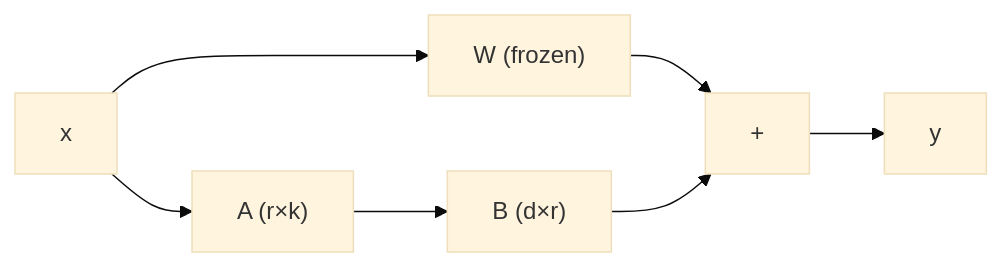
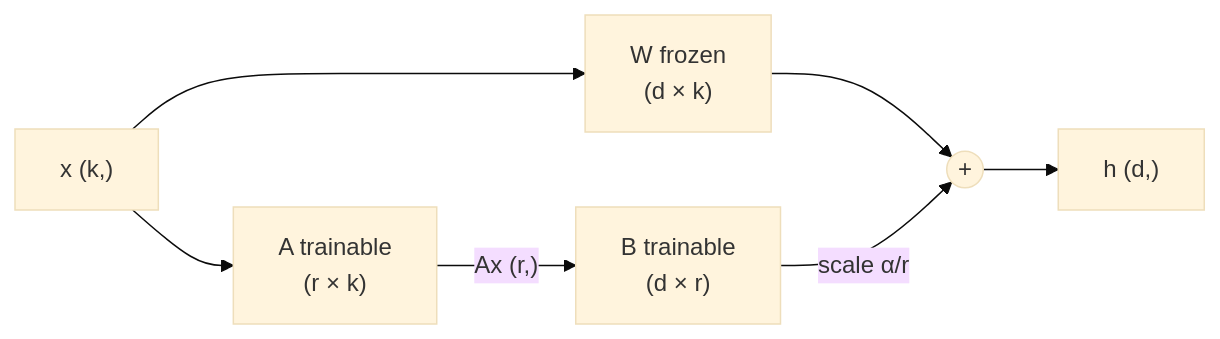
One commit to ABHIRAM3007/itp changed the first of 3 diagrams in roadmap/phase-3-nlp-llm/07-lora-peft.md. Above: the diagram before and after it, drawn with Mermaid (base theme). The commit also changed other lines of this file and 19 other files, not shown here.

````diff
--- a/roadmap/phase-3-nlp-llm/07-lora-peft.md
+++ b/roadmap/phase-3-nlp-llm/07-lora-peft.md
@@ -63,5 +140,9 @@
 ```mermaid
 flowchart LR
-    X["x"] --> WF["W (frozen)"] --> S["+"] --> Y["y"]
-    X --> A["A (r×k)"] --> B["B (d×r)"] --> S
+    X["x  (k,)"] --> W["W frozen<br/>(d × k)"]
+    X --> A["A trainable<br/>(r × k)"]
+    A -->|"Ax  (r,)"| B["B trainable<br/>(d × r)"]
+    W --> S(("+"))
+    B -->|"scale α/r"| S
+    S --> H["h  (d,)"]
 ```
````
